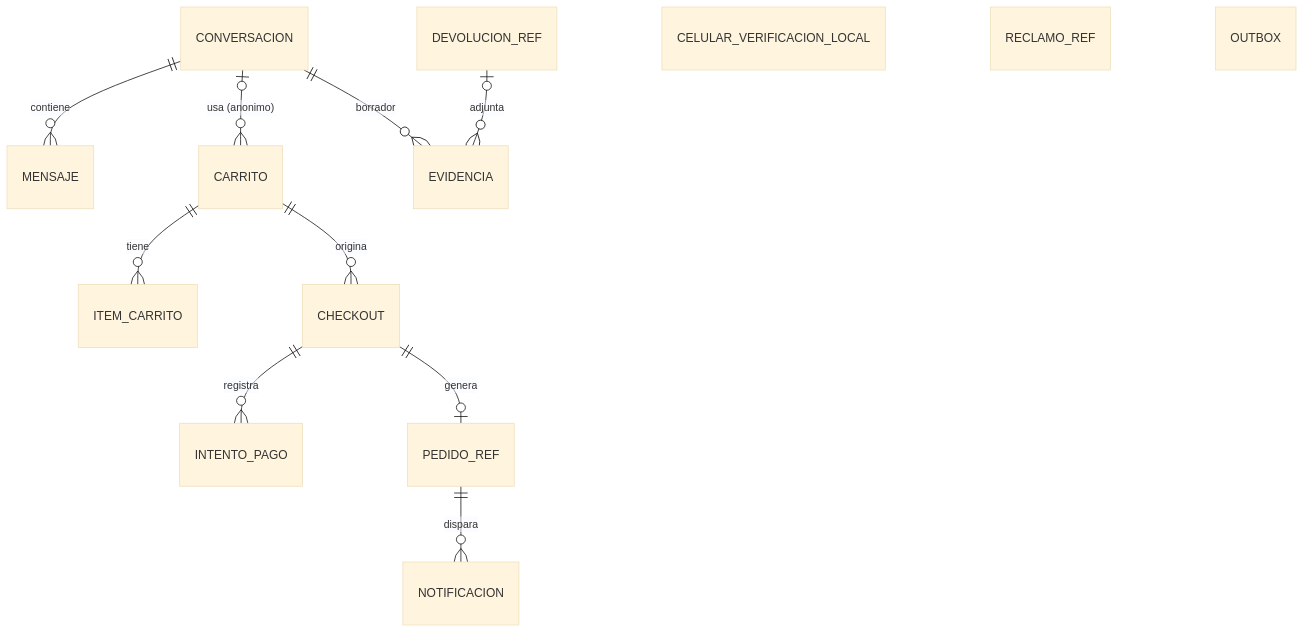
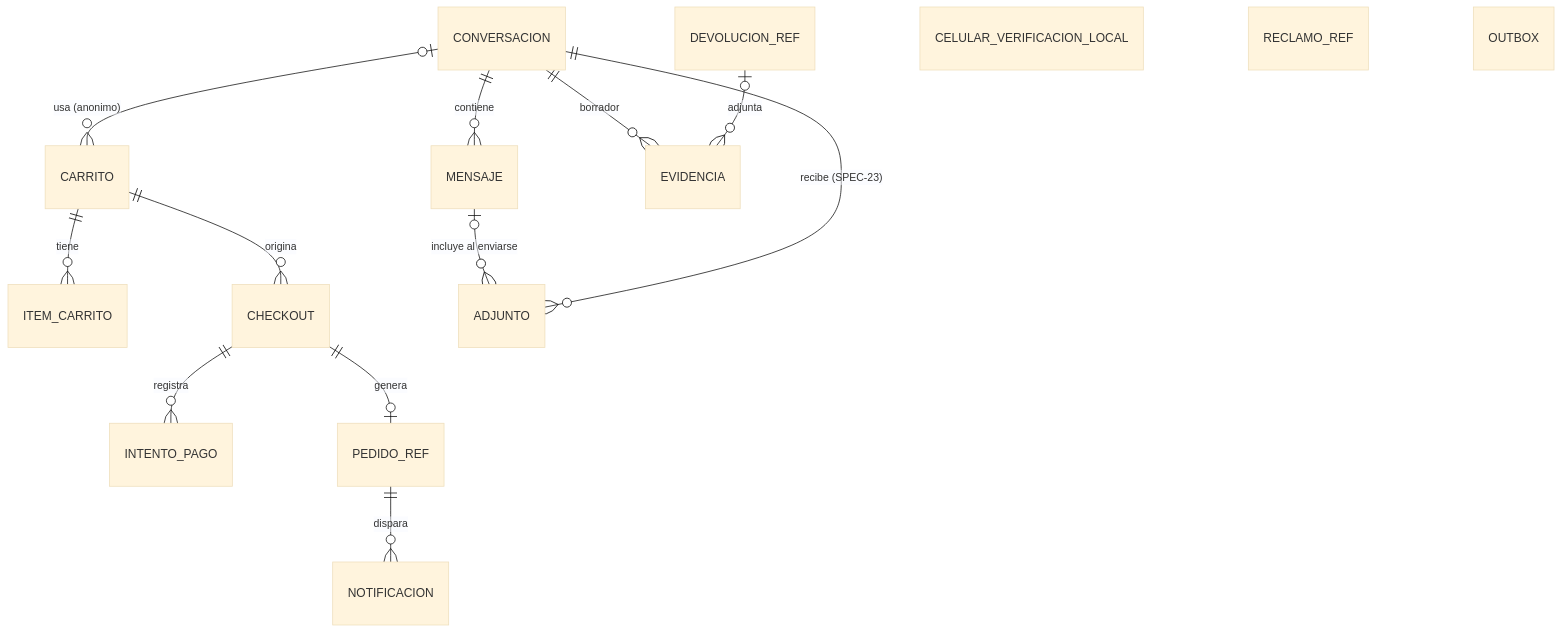
The diagram in docs/modelo-datos.md (Taller-SW-Web/G3-Chatbot-specs), drawn with Mermaid (base theme) before and after one commit. The commit also changed other lines of this file and 32 other files, not shown here.

````diff
--- a/docs/modelo-datos.md
+++ b/docs/modelo-datos.md
@@ -32,15 +32,17 @@
 ```mermaid
 erDiagram
     CONVERSACION ||--o{ MENSAJE : contiene
     CONVERSACION |o--o{ CARRITO : "usa (anonimo)"
     CARRITO ||--o{ ITEM_CARRITO : tiene
     CARRITO ||--o{ CHECKOUT : origina
     CHECKOUT ||--o{ INTENTO_PAGO : registra
     CHECKOUT ||--o| PEDIDO_REF : genera
     PEDIDO_REF ||--o{ NOTIFICACION : dispara
     DEVOLUCION_REF |o--o{ EVIDENCIA : adjunta
     CONVERSACION ||--o{ EVIDENCIA : borrador
+    CONVERSACION ||--o{ ADJUNTO : "recibe (SPEC-23)"
+    MENSAJE |o--o{ ADJUNTO : "incluye al enviarse"
     CELULAR_VERIFICACION_LOCAL
     RECLAMO_REF
     OUTBOX
 ```
````
